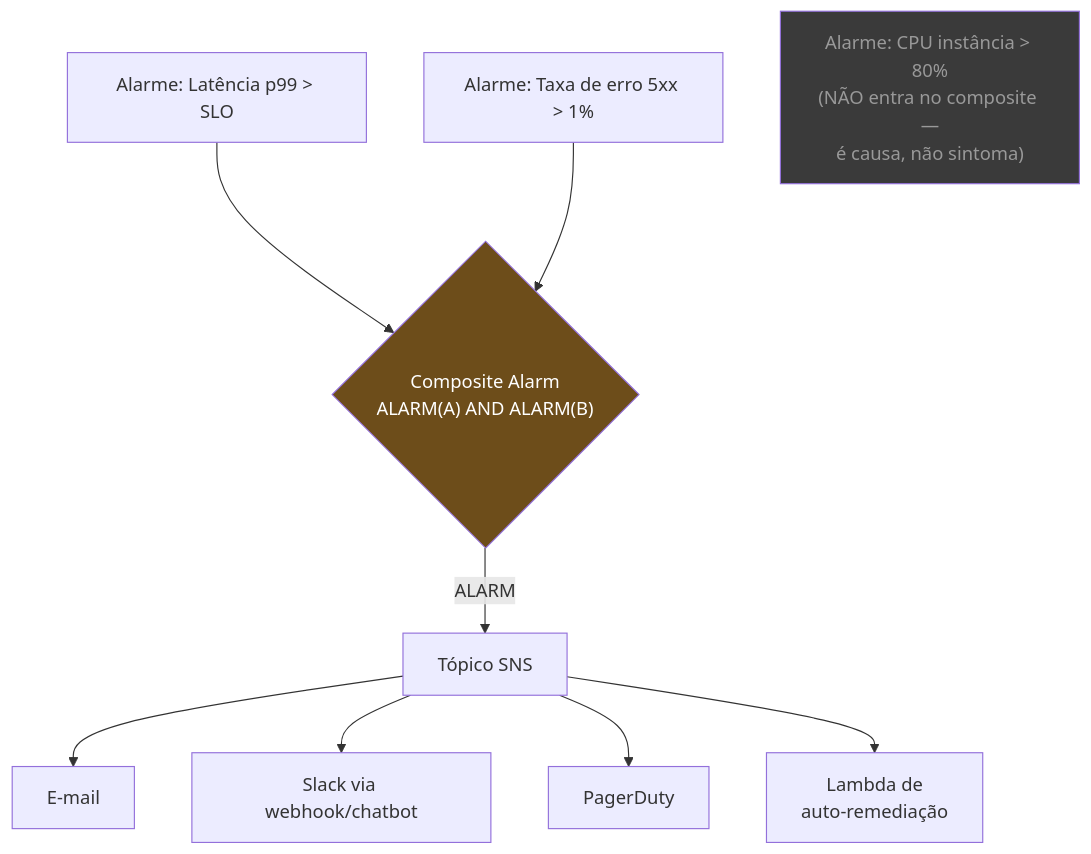
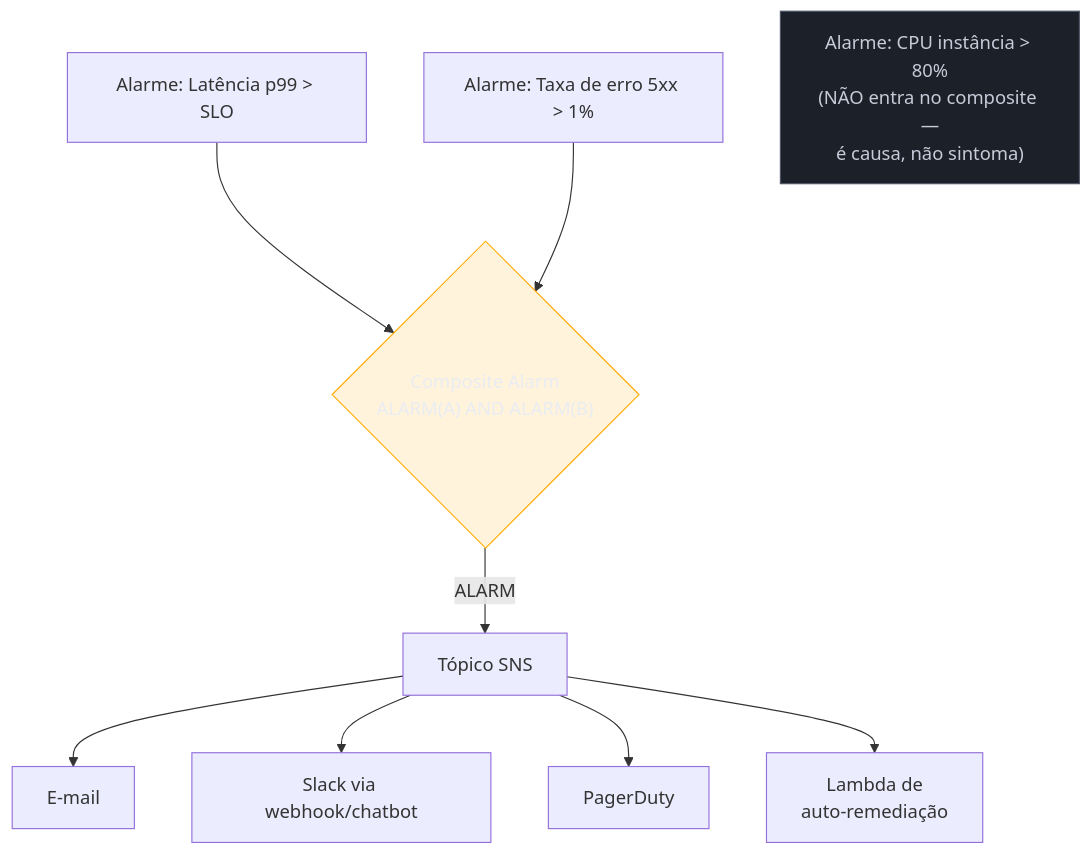
One commit to josenaldo/codex-technomanticus changed the first of 2 diagrams in 03-Dominios/Tecnologia/Cloud/17 - Observabilidade na cloud/04 - Alarmes, SLO e resposta.md. Above: the diagram before and after it, drawn with Mermaid. The commit also changed 1181 other files, not shown here.

First line of the commit message:
fix(diagramas): paleta do sistema no lugar de cor cravada no markdown

````diff
--- a/03-Dominios/Tecnologia/Cloud/17 - Observabilidade na cloud/04 - Alarmes, SLO e resposta.md
+++ b/03-Dominios/Tecnologia/Cloud/17 - Observabilidade na cloud/04 - Alarmes, SLO e resposta.md
@@ -56,15 +56,17 @@
 ```mermaid
 flowchart TD
+    classDef destaque fill:#FFAA0024,stroke:#FFAA00,color:#E9ECF2
+    classDef neutro fill:#1B2029,stroke:#4E5666,color:#C6CCD8
     A["Alarme: Latência p99 > SLO"] --> D{"Composite Alarm<br/>ALARM(A) AND ALARM(B)"}
     B["Alarme: Taxa de erro 5xx > 1%"] --> D
     C["Alarme: CPU instância > 80%<br/>(NÃO entra no composite —<br/>é causa, não sintoma)"]
 
     D -->|ALARM| SNS["Tópico SNS"]
     SNS --> Email["E-mail"]
     SNS --> Slack["Slack via webhook/chatbot"]
     SNS --> PD["PagerDuty"]
     SNS --> Lambda["Lambda de<br/>auto-remediação"]
 
-    style D fill:#6d4d1a,color:#fff
-    style C fill:#3a3a3a,color:#999
+    class D destaque
+    class C neutro
 ```
````
